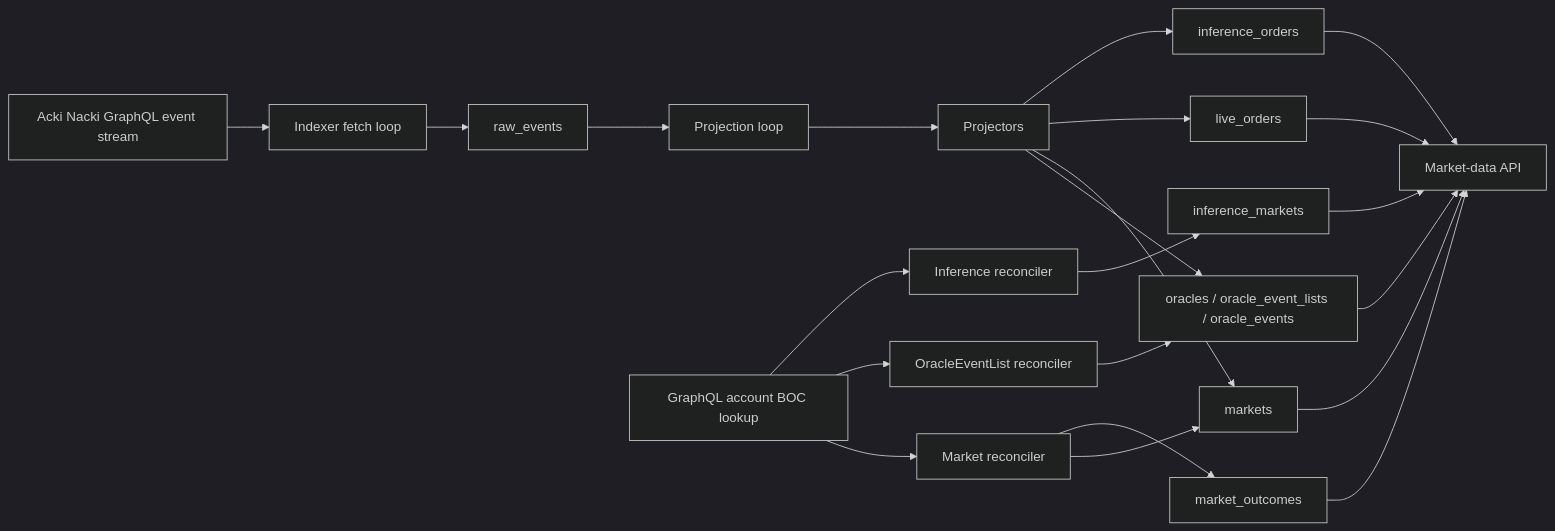
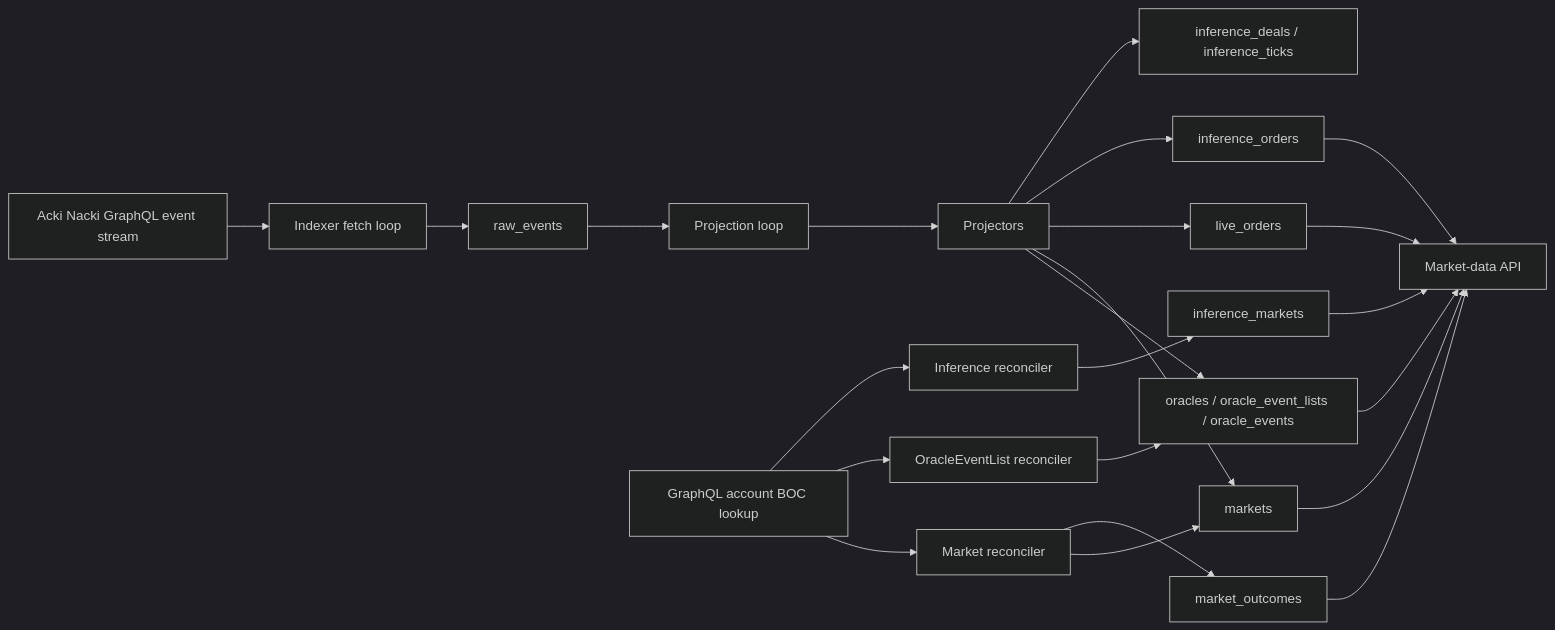
The diagram in docs/tech-specs/indexer.md (gosh-sh/dexdo), drawn with Mermaid (dark theme) before and after one commit. The commit also changed other lines of this file and 1 other file, not shown here.

Commit message:
docs(indexer): describe TokenContract ingestion + inference deals read-model

````diff
--- a/docs/tech-specs/indexer.md
+++ b/docs/tech-specs/indexer.md
@@ -23,26 +23,27 @@
 ```mermaid
 flowchart LR
     chain[Acki Nacki GraphQL event stream] --> ingest[Indexer fetch loop]
     ingest --> raw[raw_events]
     raw --> project[Projection loop]
     project --> projectors[Projectors]
     projectors --> discovery[oracles / oracle_event_lists / oracle_events]
     projectors --> markets[markets]
     projectors --> orders[live_orders]
     projectors --> inf_orders[inference_orders]
+    projectors --> inf_deals[inference_deals / inference_ticks]
 
     chain_state[GraphQL account BOC lookup] --> market_reconciler[Market reconciler]
     chain_state --> oel_reconciler[OracleEventList reconciler]
     chain_state --> inf_reconciler[Inference reconciler]
     market_reconciler --> markets
     market_reconciler --> outcomes[market_outcomes]
     oel_reconciler --> discovery
     inf_reconciler --> inf_markets[inference_markets]
 
     discovery --> api[Market-data API]
     markets --> api
     outcomes --> api
     orders --> api
     inf_orders --> api
     inf_markets --> api
 ```
````
